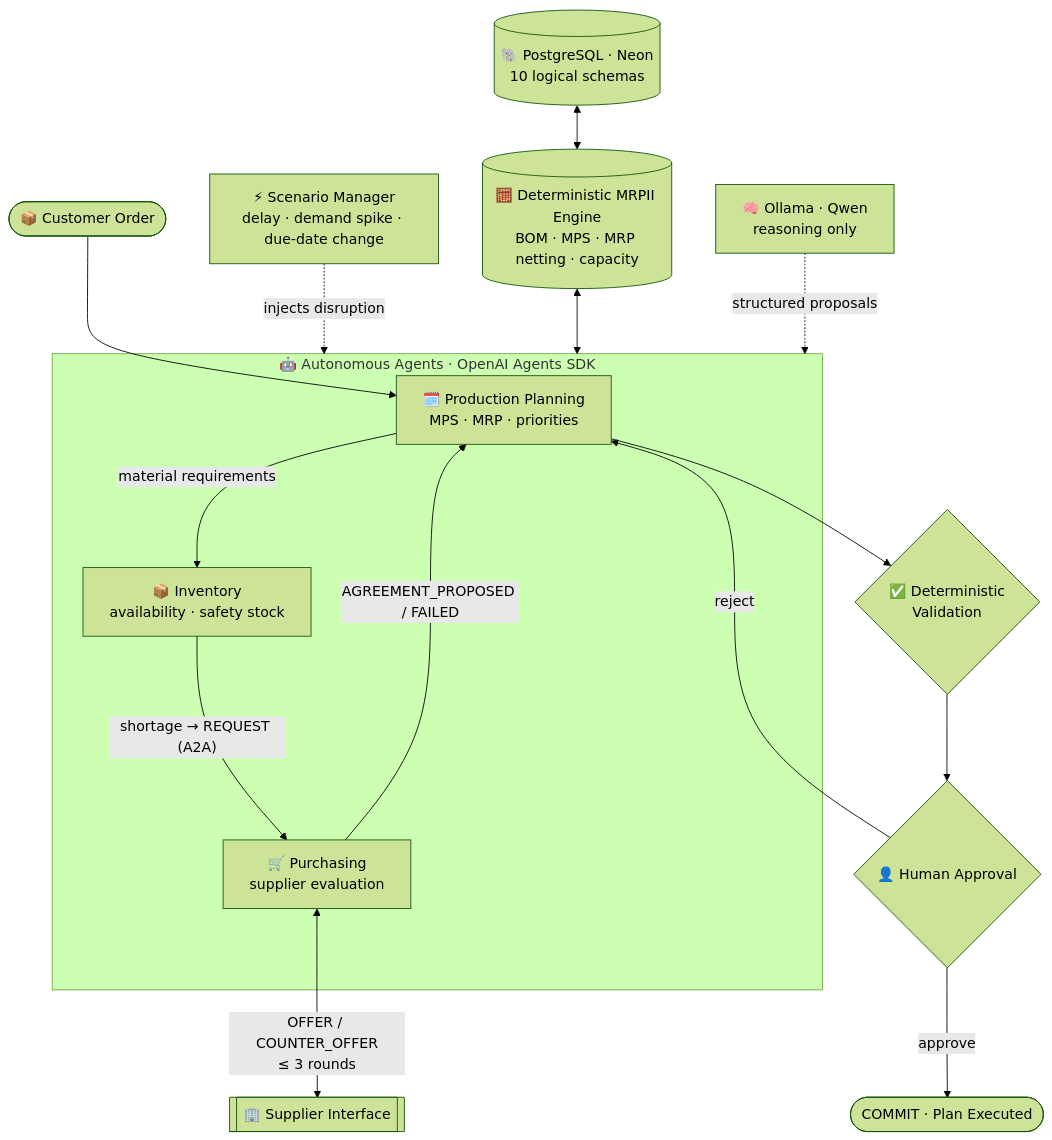
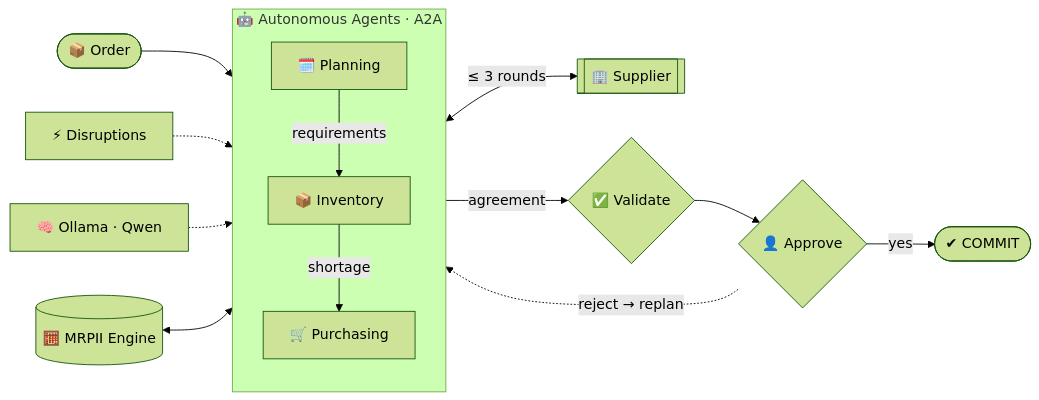
The first of 2 diagrams in README.md (KalpeshEragi/KalpeshEragi), drawn with Mermaid (forest theme) before and after one commit. The commit also changed other lines of this file, not shown here.

````diff
--- a/README.md
+++ b/README.md
@@ -48,26 +57,17 @@
 ```mermaid
-flowchart TB
-    O([📦 Customer Order]) --> P
-
-    subgraph AGENTS["🤖 Autonomous Agents · OpenAI Agents SDK"]
-      P[🗓️ Production Planning<br/>MPS · MRP · priorities]
-      I[📦 Inventory<br/>availability · safety stock]
-      U[🛒 Purchasing<br/>supplier evaluation]
+flowchart LR
+    O([📦 Order]) --> P
+    subgraph AG["🤖 Autonomous Agents · A2A"]
+      direction TB
+      P[🗓️ Planning] -- requirements --> I[📦 Inventory]
+      I -- shortage --> U[🛒 Purchasing]
     end
-
-    P -- material requirements --> I
-    I -- "shortage → REQUEST (A2A)" --> U
-    U <-- "OFFER / COUNTER_OFFER<br/>≤ 3 rounds" --> S[[🏢 Supplier Interface]]
-    U -- "AGREEMENT_PROPOSED / FAILED" --> P
-
-    P --> V{✅ Deterministic<br/>Validation}
-    V --> H{👤 Human Approval}
-    H -- approve --> C([COMMIT · Plan Executed])
-    H -- reject --> P
-
-    SIM[⚡ Scenario Manager<br/>delay · demand spike · due-date change] -. injects disruption .-> AGENTS
-
-    MRP[(🧮 Deterministic MRPII Engine<br/>BOM · MPS · MRP netting · capacity)] <--> AGENTS
-    LLM[🧠 Ollama · Qwen<br/>reasoning only] -. structured proposals .-> AGENTS
-    DB[(🐘 PostgreSQL · Neon<br/>10 logical schemas)] <--> MRP
+    U <-- "≤ 3 rounds" --> S[[🏢 Supplier]]
+    U -- agreement --> V{✅ Validate}
+    V --> H{👤 Approve}
+    H -- yes --> C([✔ COMMIT])
+    H -. reject → replan .-> P
+    SIM[⚡ Disruptions] -.-> AG
+    LLM[🧠 Ollama · Qwen] -.-> AG
+    MRP[(🧮 MRPII Engine)] <--> AG
 ```
````
